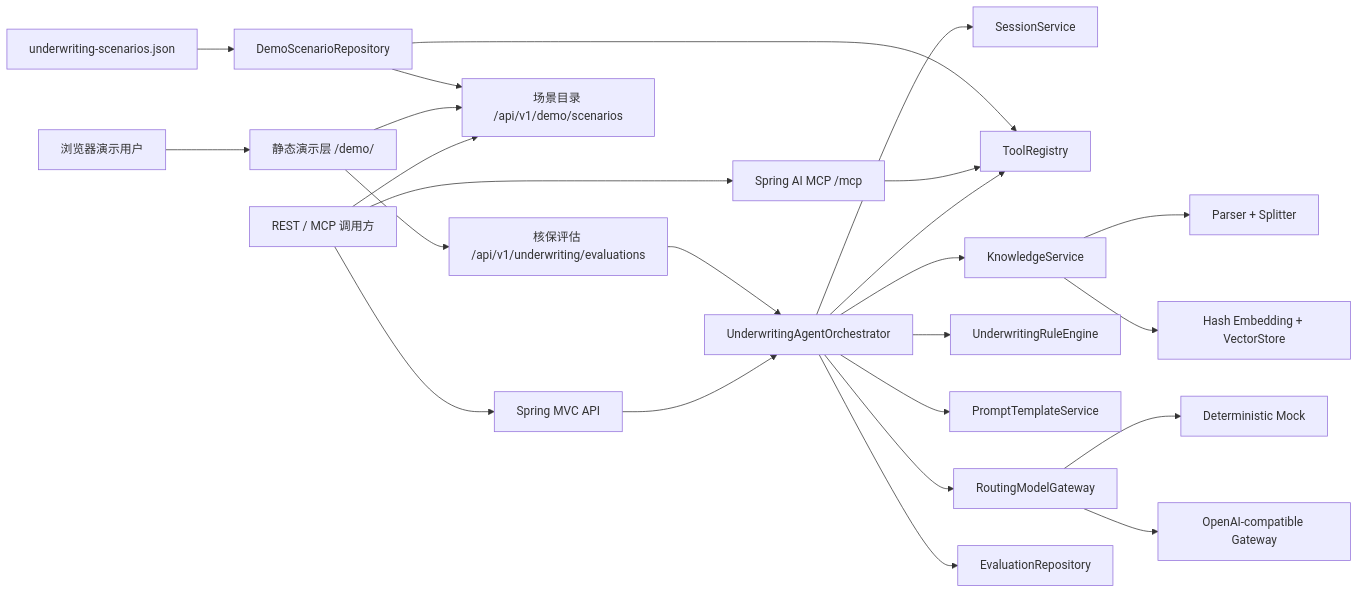
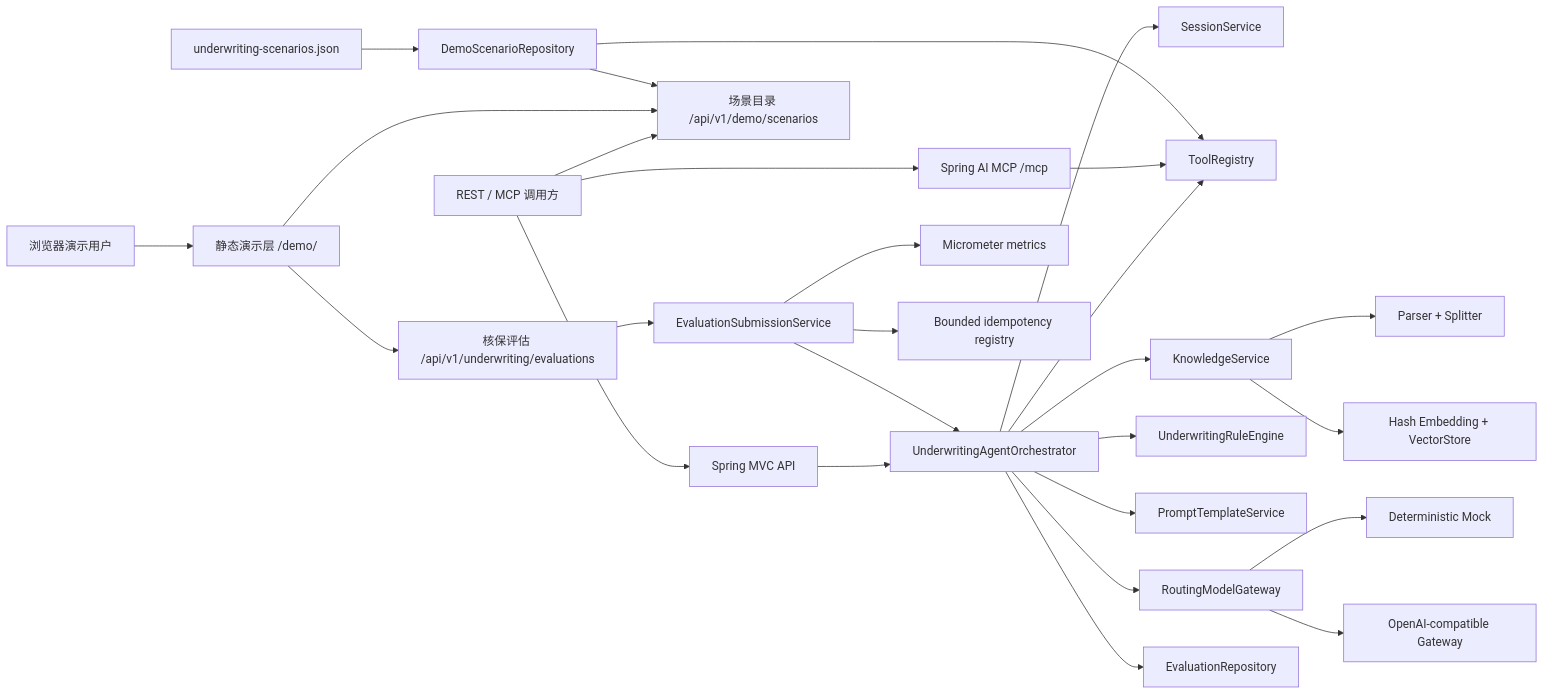
One commit to hrniux/insurance-underwriting-agent-demo changed the diagram in docs/ARCHITECTURE.md. Above: the diagram before and after it, drawn with Mermaid. The commit also changed other lines of this file and 16 other files, not shown here.

````diff
--- a/docs/ARCHITECTURE.md
+++ b/docs/ARCHITECTURE.md
@@ -11,26 +11,29 @@
 ```mermaid
 flowchart LR
     User["REST / MCP 调用方"] --> API["Spring MVC API"]
     User --> MCP["Spring AI MCP /mcp"]
     User --> DemoAPI["场景目录 /api/v1/demo/scenarios"]
     DemoUser["浏览器演示用户"] --> Console["静态演示层 /demo/"]
     Console --> DemoAPI
     Console --> EvaluationAPI["核保评估 /api/v1/underwriting/evaluations"]
     API --> Agent["UnderwritingAgentOrchestrator"]
-    EvaluationAPI --> Agent
+    EvaluationAPI --> Submission["EvaluationSubmissionService"]
+    Submission --> Agent
+    Submission --> Metrics["Micrometer metrics"]
+    Submission --> Idempotency["Bounded idempotency registry"]
     Agent --> Session["SessionService"]
     Agent --> Tools["ToolRegistry"]
     MCP --> Tools
     Data["underwriting-scenarios.json"] --> Scenarios["DemoScenarioRepository"]
     Scenarios --> Tools
     Scenarios --> DemoAPI
     Agent --> RAG["KnowledgeService"]
     RAG --> Split["Parser + Splitter"]
     RAG --> Vector["Hash Embedding + VectorStore"]
     Agent --> Rules["UnderwritingRuleEngine"]
     Agent --> Prompt["PromptTemplateService"]
     Agent --> Router["RoutingModelGateway"]
     Router --> Mock["Deterministic Mock"]
     Router --> Compatible["OpenAI-compatible Gateway"]
     Agent --> Evaluation["EvaluationRepository"]
 ```
````
